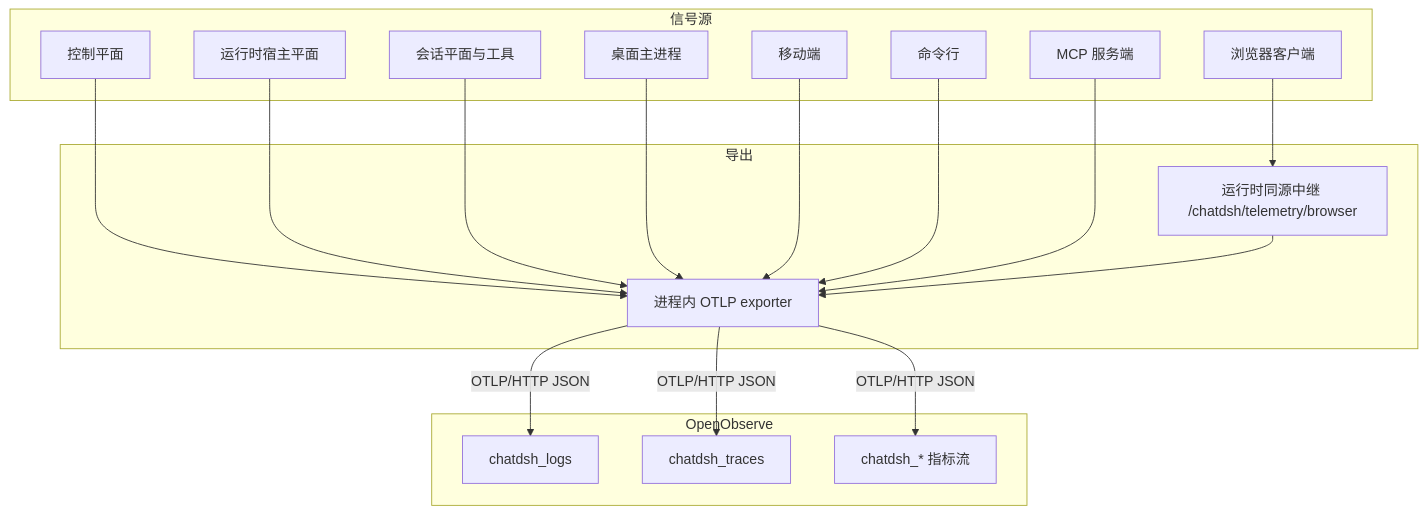
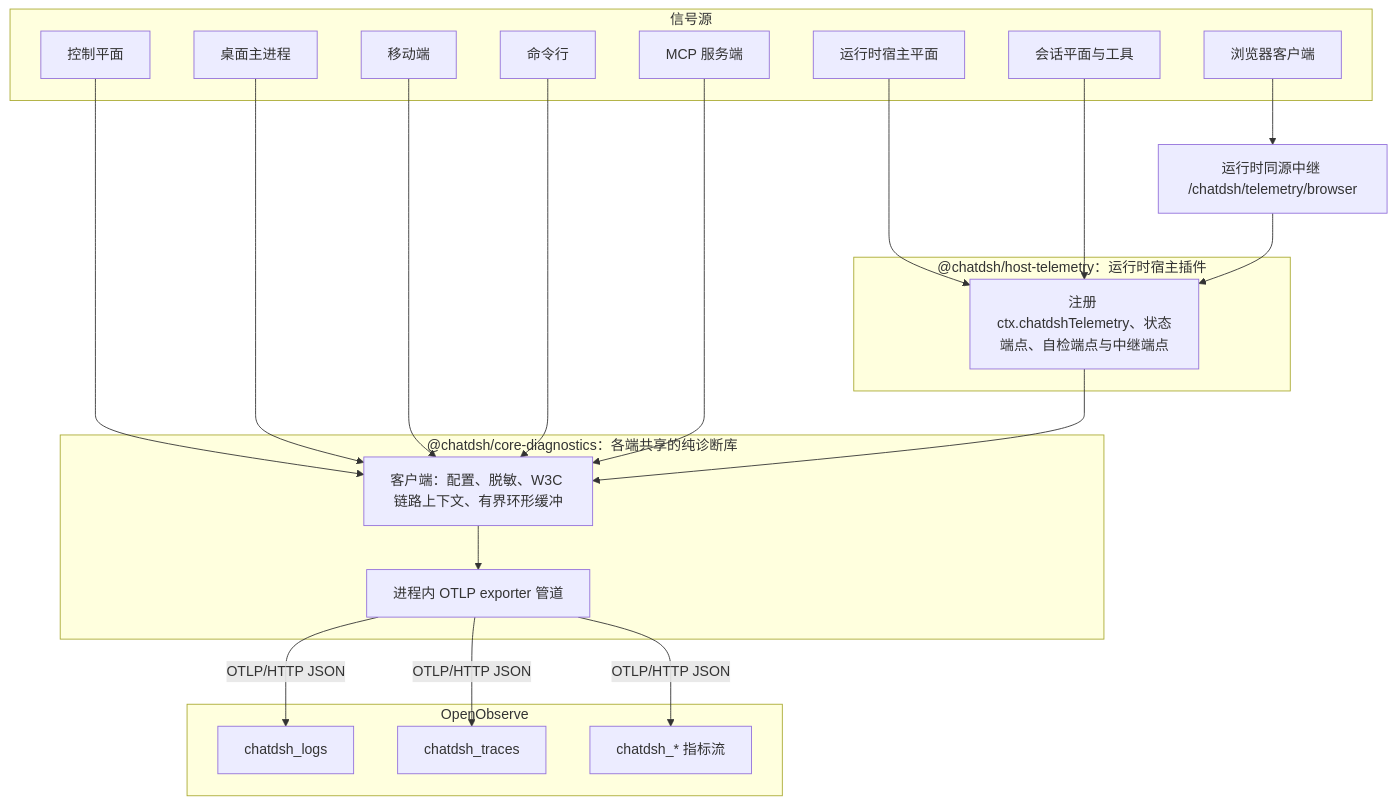
The diagram in runtime/docs/telemetry.md (wenzetan/chatdsh), drawn with Mermaid before and after one commit. The commit also changed other lines of this file and 44 other files, not shown here.

First line of the commit message:
♻️ refactor(telemetry): 拆分诊断库与宿主插件 / split diagnostics library from host plugin

````diff
--- a/runtime/docs/telemetry.md
+++ b/runtime/docs/telemetry.md
@@ -39,33 +39,39 @@
 ```mermaid
 flowchart TB
   subgraph S[信号源]
     GW[控制平面]
     RT[运行时宿主平面]
     SP[会话平面与工具]
     BR[浏览器客户端]
     DK[桌面主进程]
     MB[移动端]
     CL[命令行]
     MC[MCP 服务端]
   end
-  subgraph E[导出]
-    N1[进程内 OTLP exporter]
-    RELAY[运行时同源中继 /chatdsh/telemetry/browser]
+  subgraph D["@chatdsh/core-diagnostics：各端共享的纯诊断库"]
+    CLIENT["客户端：配置、脱敏、W3C 链路上下文、有界环形缓冲"]
+    N1[进程内 OTLP exporter 管道]
+    CLIENT --> N1
   end
+  subgraph H["@chatdsh/host-telemetry：运行时宿主插件"]
+    REG[注册 ctx.chatdshTelemetry、状态端点、自检端点与中继端点]
+  end
+  RELAY[运行时同源中继 /chatdsh/telemetry/browser]
   subgraph O[OpenObserve]
     L[chatdsh_logs]
     T[chatdsh_traces]
     M[chatdsh_* 指标流]
   end
-  GW --> N1
-  RT --> N1
-  SP --> N1
-  DK --> N1
-  MB --> N1
-  CL --> N1
-  MC --> N1
-  BR --> RELAY --> N1
+  GW --> CLIENT
+  RT --> REG
+  SP --> REG
+  DK --> CLIENT
+  MB --> CLIENT
+  CL --> CLIENT
+  MC --> CLIENT
+  REG --> CLIENT
+  BR --> RELAY --> REG
   N1 -->|OTLP/HTTP JSON| L
   N1 -->|OTLP/HTTP JSON| T
   N1 -->|OTLP/HTTP JSON| M
 ```
````
